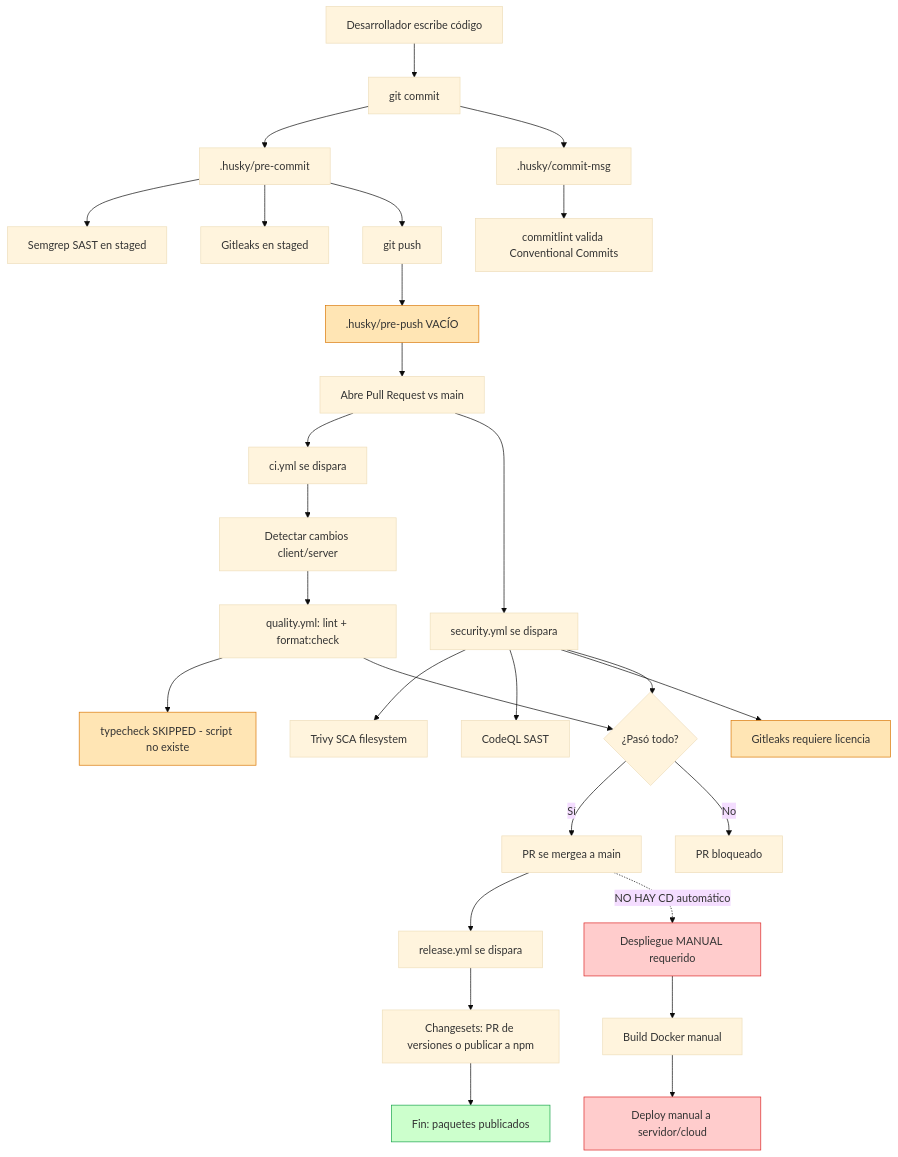
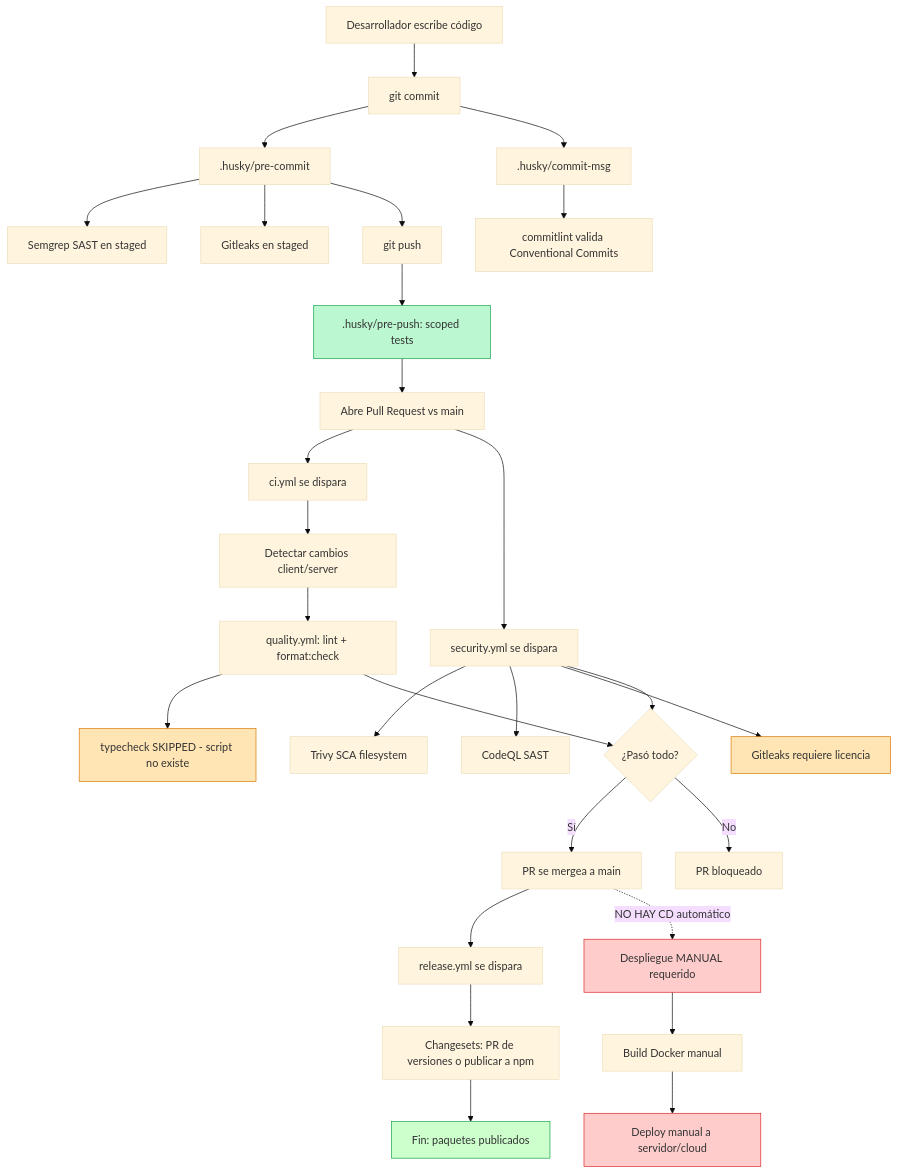
Before and after one commit to Freelancer-soluctions/Project-one: the diagram in docs/cicd-estado-actual.md, drawn with Mermaid (base theme). The commit also changed other lines of this file and 456 other files, not shown here.

````diff
--- a/docs/cicd-estado-actual.md
+++ b/docs/cicd-estado-actual.md
@@ -280,43 +277,43 @@
 ```mermaid
 flowchart TD
     Dev[Desarrollador escribe código] --> Commit[git commit]
 
     Commit --> PreCommit[.husky/pre-commit]
     PreCommit --> Semgrep[Semgrep SAST en staged]
     PreCommit --> Gitleaks[Gitleaks en staged]
     Commit --> CommitMsg[.husky/commit-msg]
     CommitMsg --> Commitlint[commitlint valida Conventional Commits]
     PreCommit --> Push[git push]
-    Push --> PrePushVacio[.husky/pre-push VACÍO]
-    PrePushVacio --> PR[Abre Pull Request vs main]
+    Push --> PrePushScoped[.husky/pre-push: scoped tests]
+    PrePushScoped --> PR[Abre Pull Request vs main]
 
     PR --> CI[ci.yml se dispara]
     CI --> Detect[Detectar cambios client/server]
     Detect --> Quality[quality.yml: lint + format:check]
     Quality --> Typecheck[typecheck SKIPPED - script no existe]
 
     PR --> Sec[security.yml se dispara]
     Sec --> Trivy[Trivy SCA filesystem]
     Sec --> CodeQL[CodeQL SAST]
     Sec --> GitleaksCI[Gitleaks requiere licencia]
 
     Quality --> Merge{¿Pasó todo?}
     Sec --> Merge
     Merge -->|Sí| Merged[PR se mergea a main]
     Merge -->|No| Bloqueado[PR bloqueado]
 
     Merged --> Release[release.yml se dispara]
     Release --> Changesets[Changesets: PR de versiones o publicar a npm]
     Changesets --> End1[Fin: paquetes publicados]
 
     Merged -.->|NO HAY CD automático| Manual[Despliegue MANUAL requerido]
     Manual --> DockerBuild[Build Docker manual]
     DockerBuild --> Deploy[Deploy manual a servidor/cloud]
 
-    style PrePushVacio fill:#ffe5b4,stroke:#d97706
+    style PrePushScoped fill:#bbf7d0,stroke:#16a34a
     style Typecheck fill:#ffe5b4,stroke:#d97706
     style GitleaksCI fill:#ffe5b4,stroke:#d97706
     style Manual fill:#ffcccc,stroke:#dc2626
     style Deploy fill:#ffcccc,stroke:#dc2626
     style End1 fill:#ccffcc,stroke:#16a34a
 ```
````
